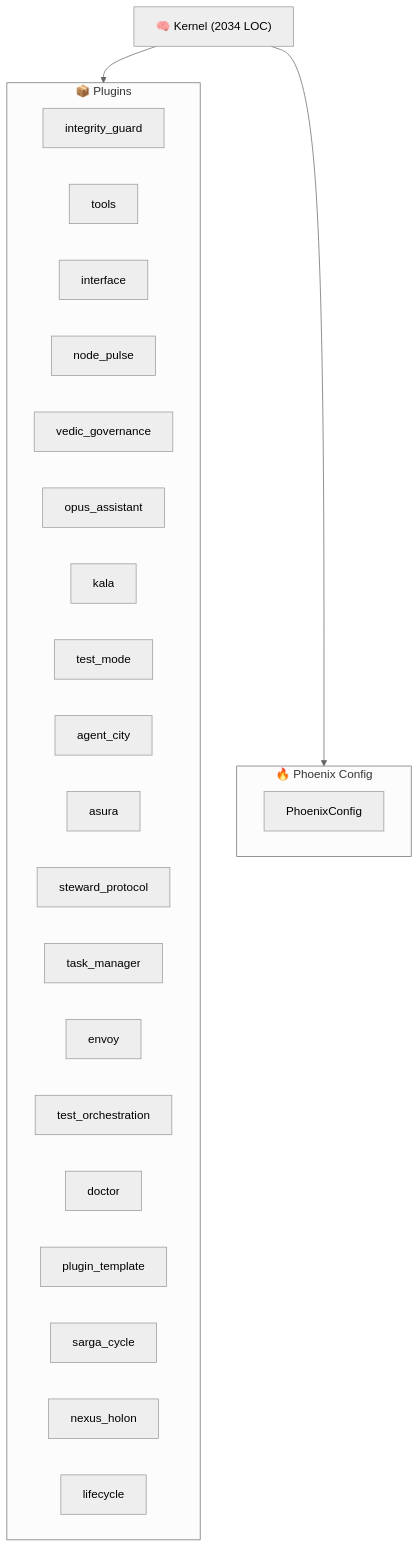
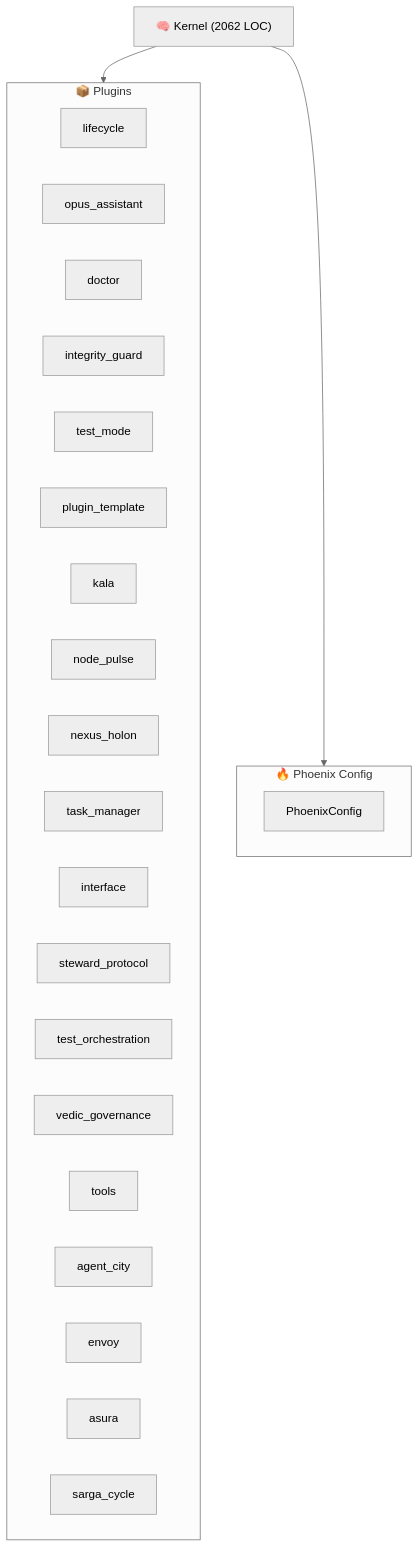
Before and after one commit to kimeisele/steward-protocol: the diagram in ARCHITECTURE.md, drawn with Mermaid (neutral theme). The commit also changed other lines of this file and 19 other files, not shown here.

````diff
--- a/ARCHITECTURE.md
+++ b/ARCHITECTURE.md
@@ -8,30 +8,30 @@
 ```mermaid
 graph TB
-    K["🧠 Kernel (2034 LOC)"]
+    K["🧠 Kernel (2062 LOC)"]
     subgraph Plugins["📦 Plugins"]
+        P_lifecycle["lifecycle"]
+        P_opus_assistant["opus_assistant"]
+        P_doctor["doctor"]
         P_integrity_guard["integrity_guard"]
+        P_test_mode["test_mode"]
+        P_plugin_template["plugin_template"]
+        P_kala["kala"]
+        P_node_pulse["node_pulse"]
+        P_nexus_holon["nexus_holon"]
+        P_task_manager["task_manager"]
+        P_interface["interface"]
+        P_steward_protocol["steward_protocol"]
+        P_test_orchestration["test_orchestration"]
+        P_vedic_governance["vedic_governance"]
         P_tools["tools"]
-        P_interface["interface"]
-        P_node_pulse["node_pulse"]
-        P_vedic_governance["vedic_governance"]
-        P_opus_assistant["opus_assistant"]
-        P_kala["kala"]
-        P_test_mode["test_mode"]
         P_agent_city["agent_city"]
+        P_envoy["envoy"]
         P_asura["asura"]
-        P_steward_protocol["steward_protocol"]
-        P_task_manager["task_manager"]
-        P_envoy["envoy"]
-        P_test_orchestration["test_orchestration"]
-        P_doctor["doctor"]
-        P_plugin_template["plugin_template"]
         P_sarga_cycle["sarga_cycle"]
-        P_nexus_holon["nexus_holon"]
-        P_lifecycle["lifecycle"]
     end
     K --> Plugins
     subgraph Config["🔥 Phoenix Config"]
         PC[PhoenixConfig]
     end
     K --> Config
 ```
````
